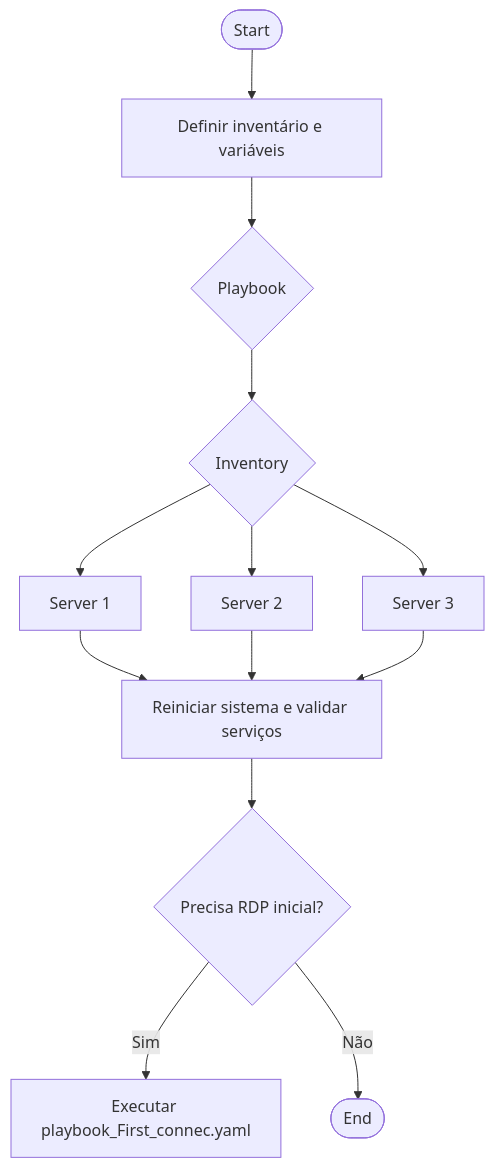
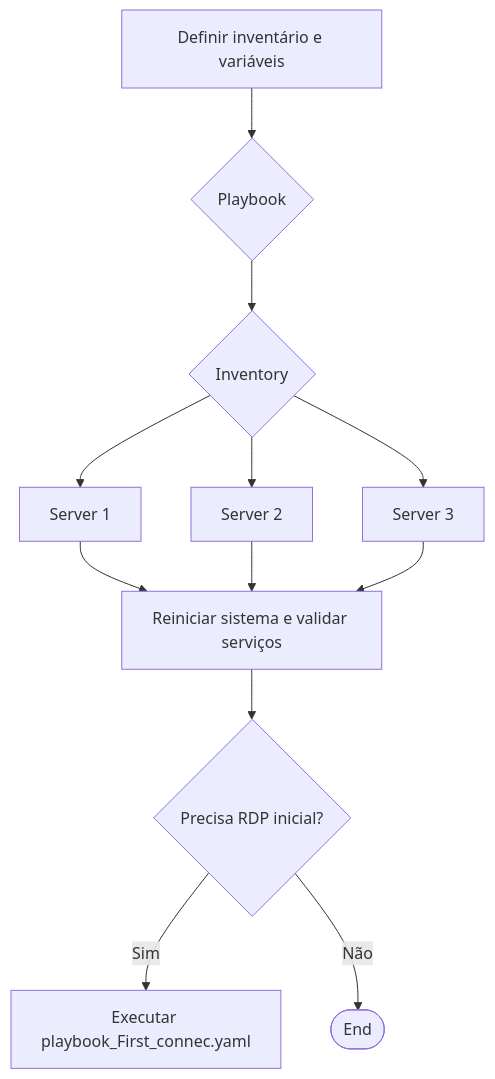
The diagram in README.md (Theo-Panella/Project_AOC), drawn with Mermaid before and after one commit.

Commit message:
Refactor flowchart in README.md for clarity

````diff
--- a/README.md
+++ b/README.md
@@ -35,15 +35,15 @@
 ```mermaid
 flowchart TD
-    A(["Start"]) --> B["Definir inventário e variáveis"]
-    B --> C{"Playbook"}
-    C --> D{"Inventory"}
-    D --> E[Server 1]
-    D --> F[Server 2]
-    D --> G[Server 3]
-    E --> H["Reiniciar sistema e validar serviços"]
-    F --> H["Reiniciar sistema e validar serviços"]
-    G --> H["Reiniciar sistema e validar serviços"]
-    H --> I{"Precisa RDP inicial?"}
-    I -->|Sim| J["Executar playbook_First_connec.yaml"]
-    I -->|Não| K(["End"])
+    A["Definir inventário e variáveis"]
+    A --> B{"Playbook"}
+    B --> C{"Inventory"}
+    C --> D[Server 1]
+    C --> E[Server 2]
+    C --> F[Server 3]
+    D --> G["Reiniciar sistema e validar serviços"]
+    E --> G["Reiniciar sistema e validar serviços"]
+    F --> G["Reiniciar sistema e validar serviços"]
+    G --> H{"Precisa RDP inicial?"}
+    H -->|Sim| I["Executar playbook_First_connec.yaml"]
+    H -->|Não| J(["End"])
 ```
````
